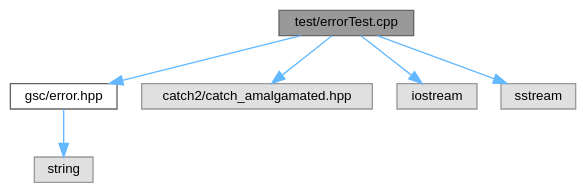
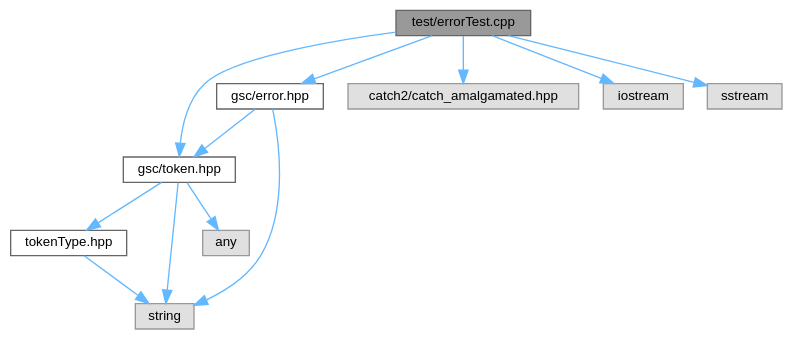
Before and after one commit to helcsnewsxd/gsc-interpreter: the diagram in errorTest_8cpp__incl.dot, drawn with Graphviz. The commit also changed 91 other files, not shown here.

```diff
--- a/errorTest_8cpp__incl.dot
+++ b/errorTest_8cpp__incl.dot
@@ -1,18 +1,27 @@
 digraph "test/errorTest.cpp"
 {
  // LATEX_PDF_SIZE
   bgcolor="transparent";
   edge [fontname=Helvetica,fontsize=10,labelfontname=Helvetica,labelfontsize=10];
   node [fontname=Helvetica,fontsize=10,shape=box,height=0.2,width=0.4];
   Node1 [id="Node000001",label="test/errorTest.cpp",height=0.2,width=0.4,color="gray40", fillcolor="grey60", style="filled", fontcolor="black",tooltip=" "];
   Node1 -> Node2 [id="edge1_Node000001_Node000002",color="steelblue1",style="solid",tooltip=" "];
   Node2 [id="Node000002",label="gsc/error.hpp",height=0.2,width=0.4,color="grey40", fillcolor="white", style="filled",URL="$error_8hpp.html",tooltip=" "];
   Node2 -> Node3 [id="edge2_Node000002_Node000003",color="steelblue1",style="solid",tooltip=" "];
-  Node3 [id="Node000003",label="string",height=0.2,width=0.4,color="grey60", fillcolor="#E0E0E0", style="filled",tooltip=" "];
-  Node1 -> Node4 [id="edge3_Node000001_Node000004",color="steelblue1",style="solid",tooltip=" "];
-  Node4 [id="Node000004",label="catch2/catch_amalgamated.hpp",height=0.2,width=0.4,color="grey60", fillcolor="#E0E0E0", style="filled",tooltip=" "];
-  Node1 -> Node5 [id="edge4_Node000001_Node000005",color="steelblue1",style="solid",tooltip=" "];
-  Node5 [id="Node000005",label="iostream",height=0.2,width=0.4,color="grey60", fillcolor="#E0E0E0", style="filled",tooltip=" "];
-  Node1 -> Node6 [id="edge5_Node000001_Node000006",color="steelblue1",style="solid",tooltip=" "];
-  Node6 [id="Node000006",label="sstream",height=0.2,width=0.4,color="grey60", fillcolor="#E0E0E0", style="filled",tooltip=" "];
+  Node3 [id="Node000003",label="gsc/token.hpp",height=0.2,width=0.4,color="grey40", fillcolor="white", style="filled",URL="$token_8hpp.html",tooltip=" "];
+  Node3 -> Node4 [id="edge3_Node000003_Node000004",color="steelblue1",style="solid",tooltip=" "];
+  Node4 [id="Node000004",label="tokenType.hpp",height=0.2,width=0.4,color="grey40", fillcolor="white", style="filled",URL="$tokenType_8hpp.html",tooltip=" "];
+  Node4 -> Node5 [id="edge4_Node000004_Node000005",color="steelblue1",style="solid",tooltip=" "];
+  Node5 [id="Node000005",label="string",height=0.2,width=0.4,color="grey60", fillcolor="#E0E0E0", style="filled",tooltip=" "];
+  Node3 -> Node6 [id="edge5_Node000003_Node000006",color="steelblue1",style="solid",tooltip=" "];
+  Node6 [id="Node000006",label="any",height=0.2,width=0.4,color="grey60", fillcolor="#E0E0E0", style="filled",tooltip=" "];
+  Node3 -> Node5 [id="edge6_Node000003_Node000005",color="steelblue1",style="solid",tooltip=" "];
+  Node2 -> Node5 [id="edge7_Node000002_Node000005",color="steelblue1",style="solid",tooltip=" "];
+  Node1 -> Node7 [id="edge8_Node000001_Node000007",color="steelblue1",style="solid",tooltip=" "];
+  Node7 [id="Node000007",label="catch2/catch_amalgamated.hpp",height=0.2,width=0.4,color="grey60", fillcolor="#E0E0E0", style="filled",tooltip=" "];
+  Node1 -> Node3 [id="edge9_Node000001_Node000003",color="steelblue1",style="solid",tooltip=" "];
+  Node1 -> Node8 [id="edge10_Node000001_Node000008",color="steelblue1",style="solid",tooltip=" "];
+  Node8 [id="Node000008",label="iostream",height=0.2,width=0.4,color="grey60", fillcolor="#E0E0E0", style="filled",tooltip=" "];
+  Node1 -> Node9 [id="edge11_Node000001_Node000009",color="steelblue1",style="solid",tooltip=" "];
+  Node9 [id="Node000009",label="sstream",height=0.2,width=0.4,color="grey60", fillcolor="#E0E0E0", style="filled",tooltip=" "];
 }
```
